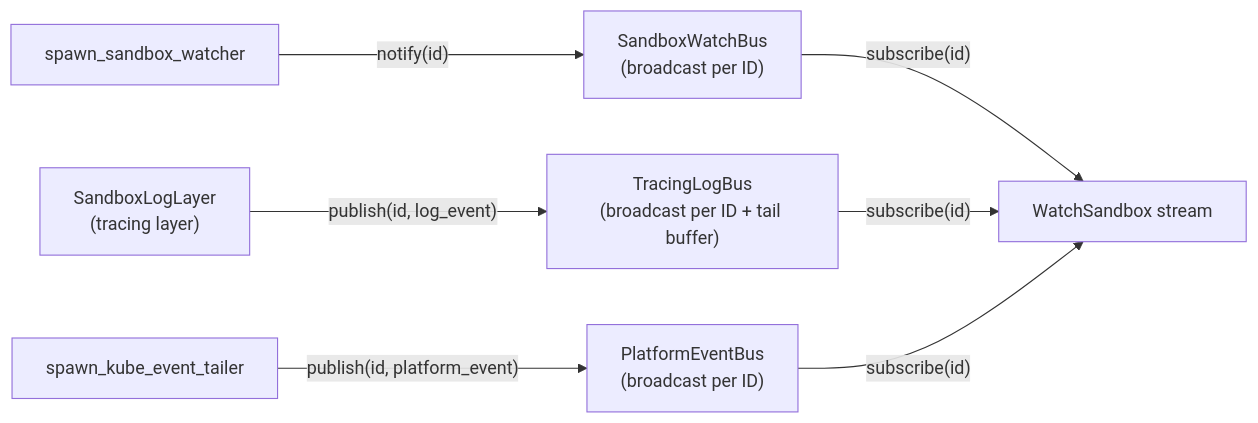
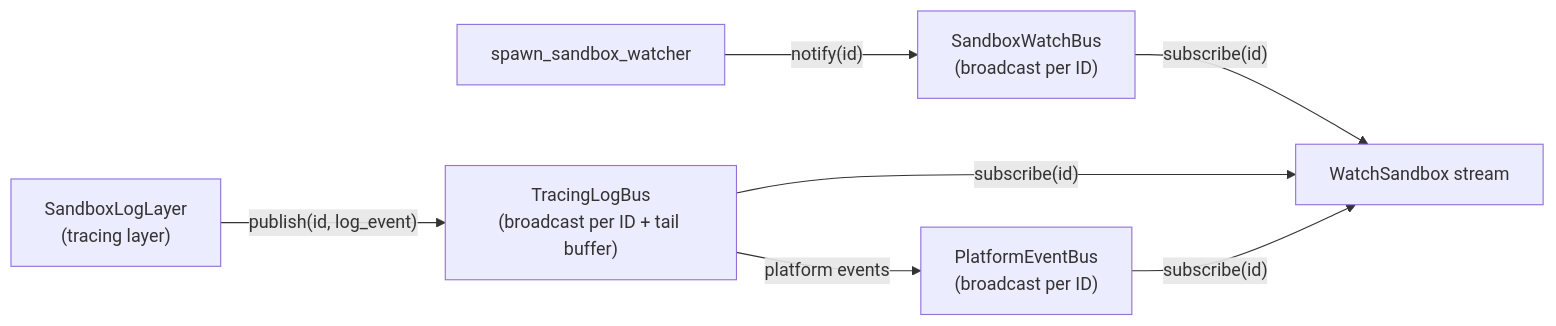
Before and after one commit to persimmon16/OpenShell: the second of 2 diagrams in architecture/gateway.md, drawn with Mermaid. The commit also changed other lines of this file and 98 other files, not shown here.

````diff
--- a/architecture/gateway.md
+++ b/architecture/gateway.md
@@ -365,20 +356,19 @@
 ```mermaid
 graph LR
     SW["spawn_sandbox_watcher"]
-    ET["spawn_kube_event_tailer"]
     TL["SandboxLogLayer<br/>(tracing layer)"]
 
     WB["SandboxWatchBus<br/>(broadcast per ID)"]
     LB["TracingLogBus<br/>(broadcast per ID + tail buffer)"]
     PB["PlatformEventBus<br/>(broadcast per ID)"]
 
     WS["WatchSandbox stream"]
 
     SW -->|"notify(id)"| WB
     TL -->|"publish(id, log_event)"| LB
-    ET -->|"publish(id, platform_event)"| PB
+    LB -->|"platform events"| PB
 
     WB -->|"subscribe(id)"| WS
     LB -->|"subscribe(id)"| WS
     PB -->|"subscribe(id)"| WS
 ```
````
